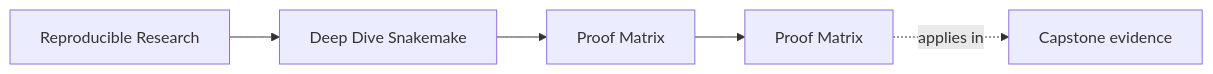
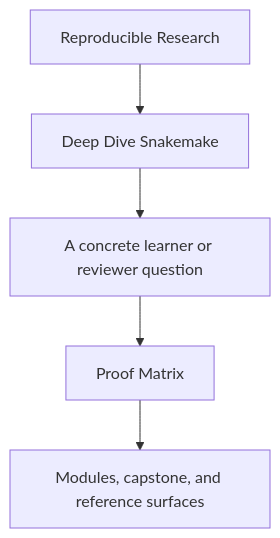
The first of 2 diagrams in programs/reproducible-research/deep-dive-snakemake/course-book/guides/proof-matrix.md (bijux/bijux-masterclass), drawn with Mermaid before and after one commit. The commit also changed other lines of this file and 29 other files, not shown here.

Commit message:
docs(deep-dive-snakemake): sharpen guide and reference diagrams

````diff
--- a/programs/reproducible-research/deep-dive-snakemake/course-book/guides/proof-matrix.md
+++ b/programs/reproducible-research/deep-dive-snakemake/course-book/guides/proof-matrix.md
@@ -9,11 +9,7 @@
 ```mermaid
-graph LR
-  family["Reproducible Research"]
-  program["Deep Dive Snakemake"]
-  section["Proof Matrix"]
-  page["Proof Matrix"]
-  capstone["Capstone evidence"]
-
-  family --> program --> section --> page
-  page -.applies in.-> capstone
+flowchart TD
+  family["Reproducible Research"] --> program["Deep Dive Snakemake"]
+  program --> pressure["A concrete learner or reviewer question"]
+  pressure --> guide["Proof Matrix"]
+  guide --> next["Modules, capstone, and reference surfaces"]
 ```
````
